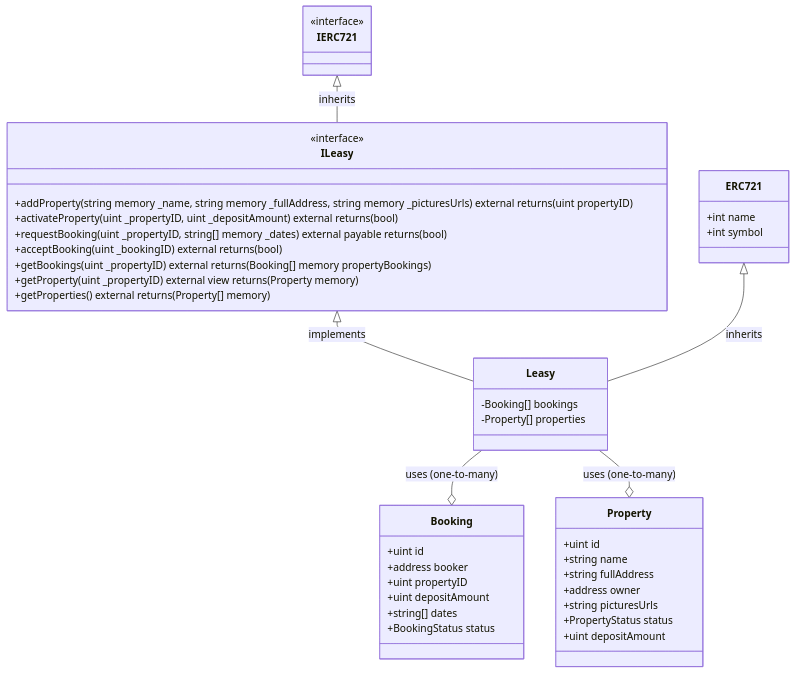
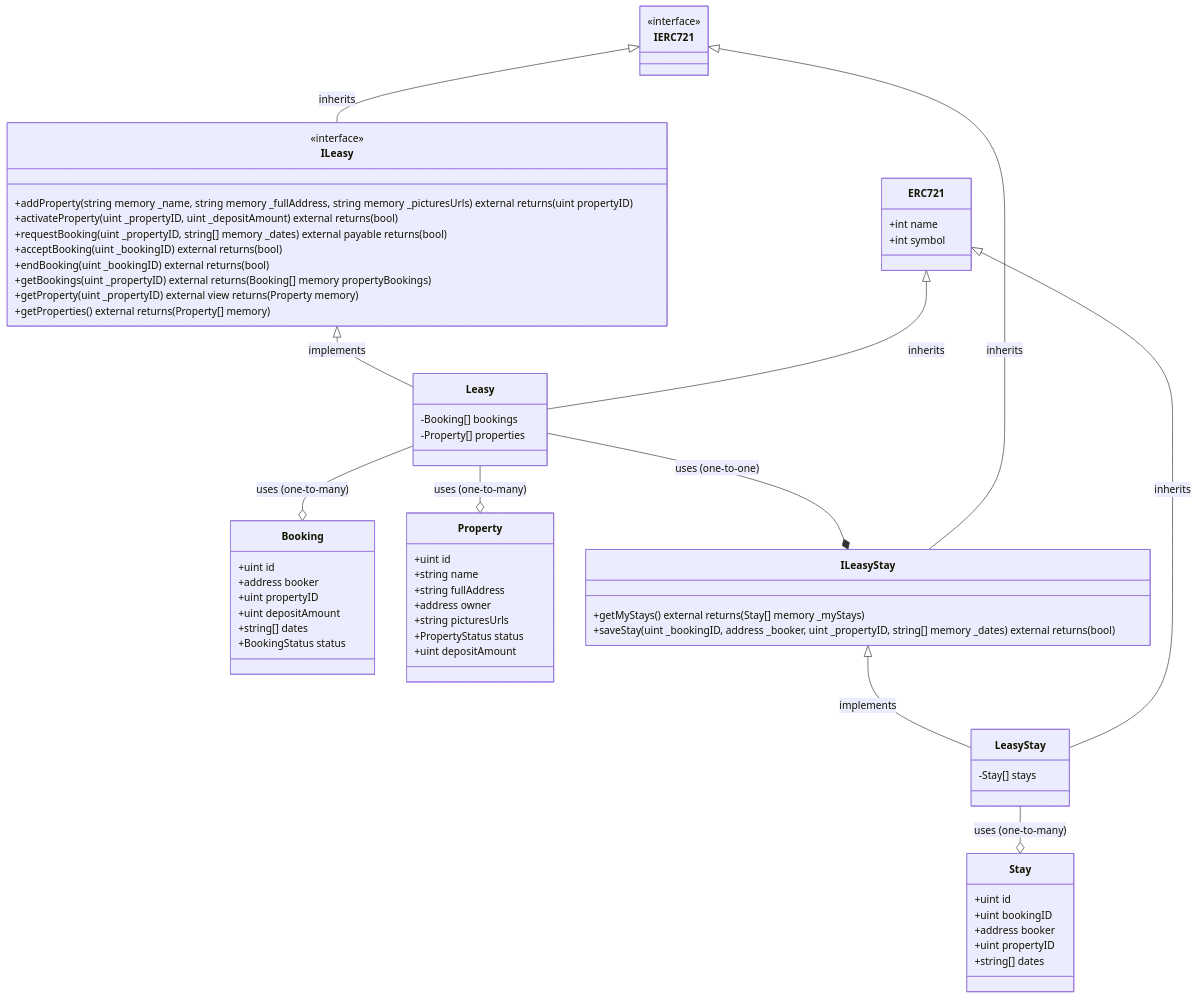
Before and after one commit to vince-grondin/base-camp-final-project: the second of 2 diagrams in docs/docs/7-Base Bootcamp Presentation/3-Flow and Components.md, drawn with Mermaid. The commit also changed other lines of this file and 7 other files, not shown here.

First line of the commit message:
Add getMyStays to LeasyStay contract, link to new /stays route for each booking and stays page (#48)

````diff
--- a/docs/docs/7-Base Bootcamp Presentation/3-Flow and Components.md
+++ b/docs/docs/7-Base Bootcamp Presentation/3-Flow and Components.md
@@ -20,52 +21,76 @@
 ```mermaid
 classDiagram
     class IERC721
     <<interface>> IERC721
 
     class ILeasy {
         +addProperty(string memory _name, string memory _fullAddress, string memory _picturesUrls) external returns (uint propertyID)
         +activateProperty(uint _propertyID, uint _depositAmount) external returns (bool)
         +requestBooking(uint _propertyID, string[] memory _dates) external payable returns (bool)
         +acceptBooking(uint _bookingID) external returns (bool)
+        +endBooking(uint _bookingID) external returns (bool)
         +getBookings(uint _propertyID) external returns (Booking[] memory propertyBookings)
         +getProperty(uint _propertyID) external view returns (Property memory)
         +getProperties() external returns (Property[] memory)
     }
     <<interface>> ILeasy
 
     class ERC721 {
         +int name
         +int symbol
     }
 
     class Leasy {
         -Booking[] bookings
         -Property[] properties
     }
 
     class Booking {
         +uint id
         +address booker
         +uint propertyID
         +uint depositAmount
         +string[] dates
         +BookingStatus status
     }
 
     class Property {
         +uint id
         +string name
         +string fullAddress
         +address owner
         +string picturesUrls
         +PropertyStatus status
         +uint depositAmount
     }
 
+    class ILeasyStay {
+        +getMyStays() external returns (Stay[] memory _myStays)
+        +saveStay(uint _bookingID, address _booker, uint _propertyID, string[] memory _dates) external returns (bool)
+    }
+    <<interface>> ILeasy
+
+    class LeasyStay {
+        -Stay[] stays
+    }
+
+    class Stay {
+        +uint id
+        +uint bookingID
+        +address booker
+        +uint propertyID
+        +string[] dates
+    }
+
     IERC721 <|-- ILeasy : inherits
     ILeasy <|-- Leasy : implements
     ERC721 <|-- Leasy : inherits
     Leasy --o Booking : uses (one-to-many)
     Leasy --o Property : uses (one-to-many)
+    Leasy --* ILeasyStay : uses (one-to-one)
 
+    IERC721 <|-- ILeasyStay : inherits
+    ILeasyStay <|-- LeasyStay : implements
+    ERC721 <|-- LeasyStay : inherits
+    LeasyStay --o Stay : uses (one-to-many)
 ```
````
